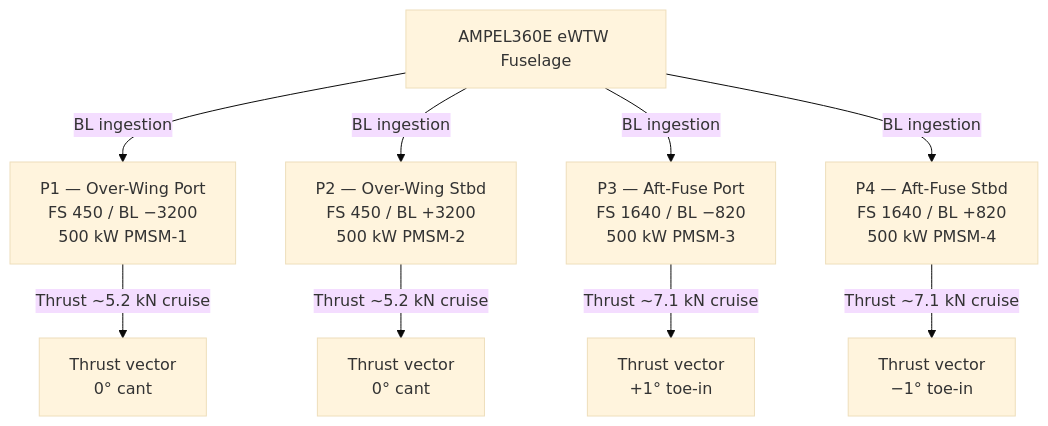
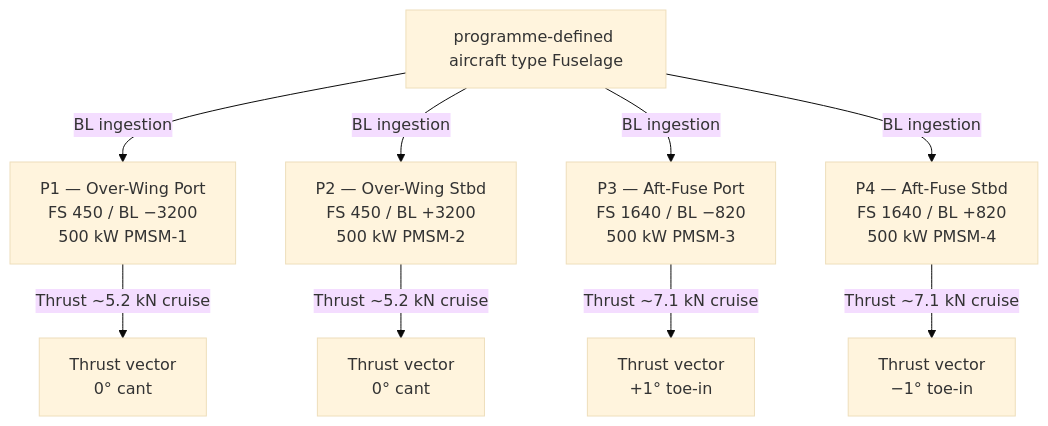
The diagram in Q+ATLANTIDE/000-099_ATLAS/080-089_Propulsion-Alternativa-y-Cuantica/085_Distributed-Electric-Propulsion-Architecture/085-020-Distributed-Propulsor-Layout-and-Topology.md (AmedeoPelliccia/Qplus-For-All-Queer-People-and-Quantum), drawn with Mermaid (base theme) before and after one commit. The commit also changed other lines of this file and 676 other files, not shown here.

First line of the commit message:
feat: de-programmatize all ATLAS standard files — remove AMPEL360E/eWTW programme content

````diff
--- a/Q+ATLANTIDE/000-099_ATLAS/080-089_Propulsion-Alternativa-y-Cuantica/085_Distributed-Electric-Propulsion-Architecture/085-020-Distributed-Propulsor-Layout-and-Topology.md
+++ b/Q+ATLANTIDE/000-099_ATLAS/080-089_Propulsion-Alternativa-y-Cuantica/085_Distributed-Electric-Propulsion-Architecture/085-020-Distributed-Propulsor-Layout-and-Topology.md
@@ -108,12 +109,12 @@
 ```mermaid
 flowchart TD
-    FUSE[AMPEL360E eWTW Fuselage]
+    FUSE[programme-defined aircraft type Fuselage]
     FUSE -->|BL ingestion| P1[P1 — Over-Wing Port\nFS 450 / BL −3200\n500 kW PMSM-1]
     FUSE -->|BL ingestion| P2[P2 — Over-Wing Stbd\nFS 450 / BL +3200\n500 kW PMSM-2]
     FUSE -->|BL ingestion| P3[P3 — Aft-Fuse Port\nFS 1640 / BL −820\n500 kW PMSM-3]
     FUSE -->|BL ingestion| P4[P4 — Aft-Fuse Stbd\nFS 1640 / BL +820\n500 kW PMSM-4]
     P1 -->|Thrust ~5.2 kN cruise| T1[Thrust vector\n0° cant]
     P2 -->|Thrust ~5.2 kN cruise| T2[Thrust vector\n0° cant]
     P3 -->|Thrust ~7.1 kN cruise| T3[Thrust vector\n+1° toe-in]
     P4 -->|Thrust ~7.1 kN cruise| T4[Thrust vector\n−1° toe-in]
 ```
````
